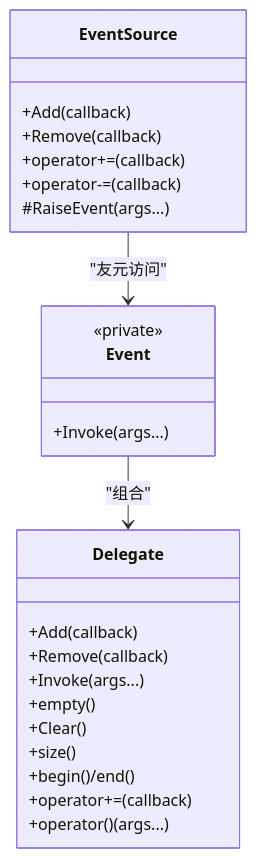
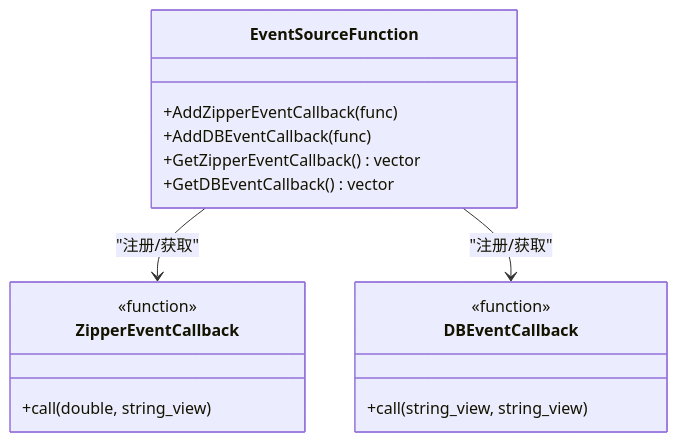
One commit to hsmbanlance/HsBaSlicer changed the second of 9 diagrams in .qoder/repowiki/zh/content/扩展开发指南/事件系统开发.md. Above: the diagram before and after it, drawn with Mermaid. The commit also changed other lines of this file and 1135 other files, not shown here.

````diff
--- a/.qoder/repowiki/zh/content/扩展开发指南/事件系统开发.md
+++ b/.qoder/repowiki/zh/content/扩展开发指南/事件系统开发.md
@@ -140,27 +115,19 @@
 ```mermaid
 classDiagram
-class Delegate {
-+Add(callback)
-+Remove(callback)
-+Invoke(args...)
-+empty()
-+Clear()
-+size()
-+begin()/end()
-+operator+=(callback)
-+operator()(args...)
+class EventSourceFunction {
++AddZipperEventCallback(func)
++AddDBEventCallback(func)
++GetZipperEventCallback() vector
++GetDBEventCallback() vector
 }
-class Event {
-<<private>>
-+Invoke(args...)
+class ZipperEventCallback {
+<<function>>
++call(double, string_view)
 }
-class EventSource {
-+Add(callback)
-+Remove(callback)
-+operator+=(callback)
-+operator-=(callback)
-#RaiseEvent(args...)
+class DBEventCallback {
+<<function>>
++call(string_view, string_view)
 }
-Event --> Delegate : "组合"
-EventSource --> Event : "友元访问"
+EventSourceFunction --> ZipperEventCallback : "注册/获取"
+EventSourceFunction --> DBEventCallback : "注册/获取"
 ```
````
